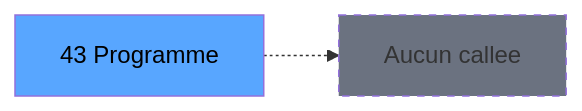
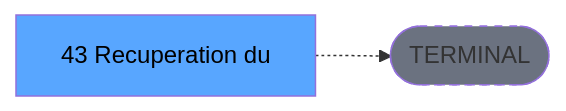
Before and after one commit to thonyAGP/lecteur-magic: the third of 3 diagrams in .openspec/renders/ADH-IDE-43.md, drawn with Mermaid. The commit also changed other lines of this file and 701 other files, not shown here.

````diff
--- a/.openspec/renders/ADH-IDE-43.md
+++ b/.openspec/renders/ADH-IDE-43.md
@@ -157,8 +134,8 @@
 ```mermaid
 graph LR
-    T[43 Programme]
-    NONE[Aucun callee]
-    T -.-> NONE
+    T[43 Recuperation du]
+    TERM([TERMINAL])
+    T -.-> TERM
+    style TERM fill:#6b7280,stroke-dasharray: 5 5
     style T fill:#58a6ff,color:#000
-    style NONE fill:#6b7280,stroke-dasharray: 5 5
 ```
````
